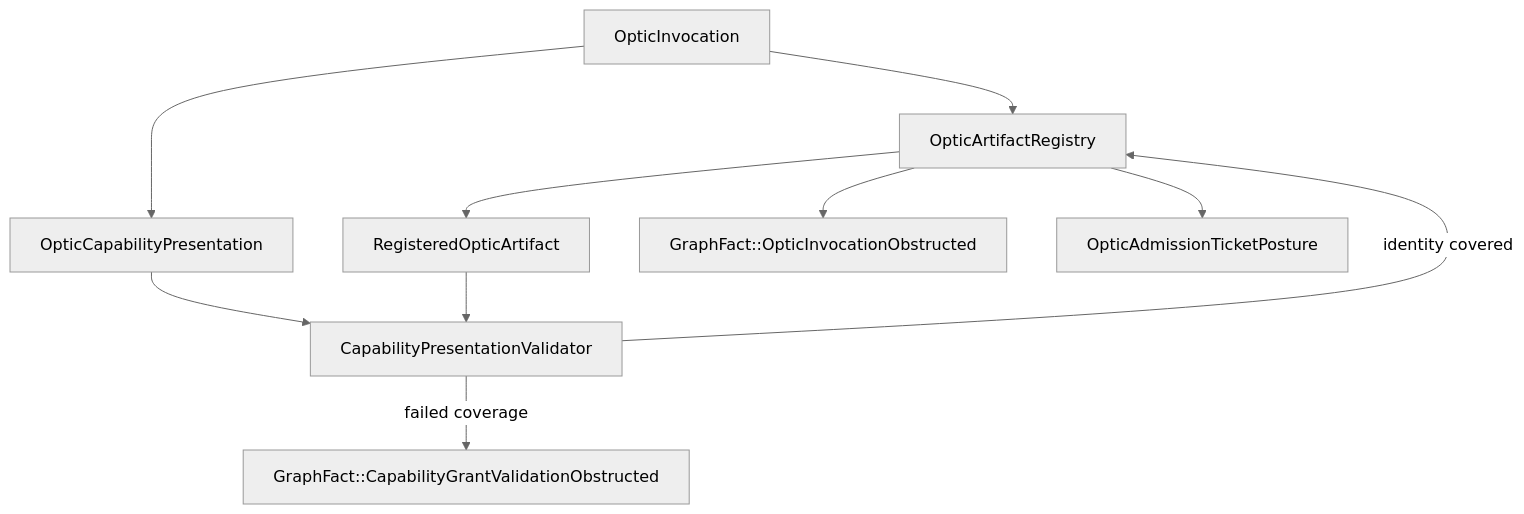
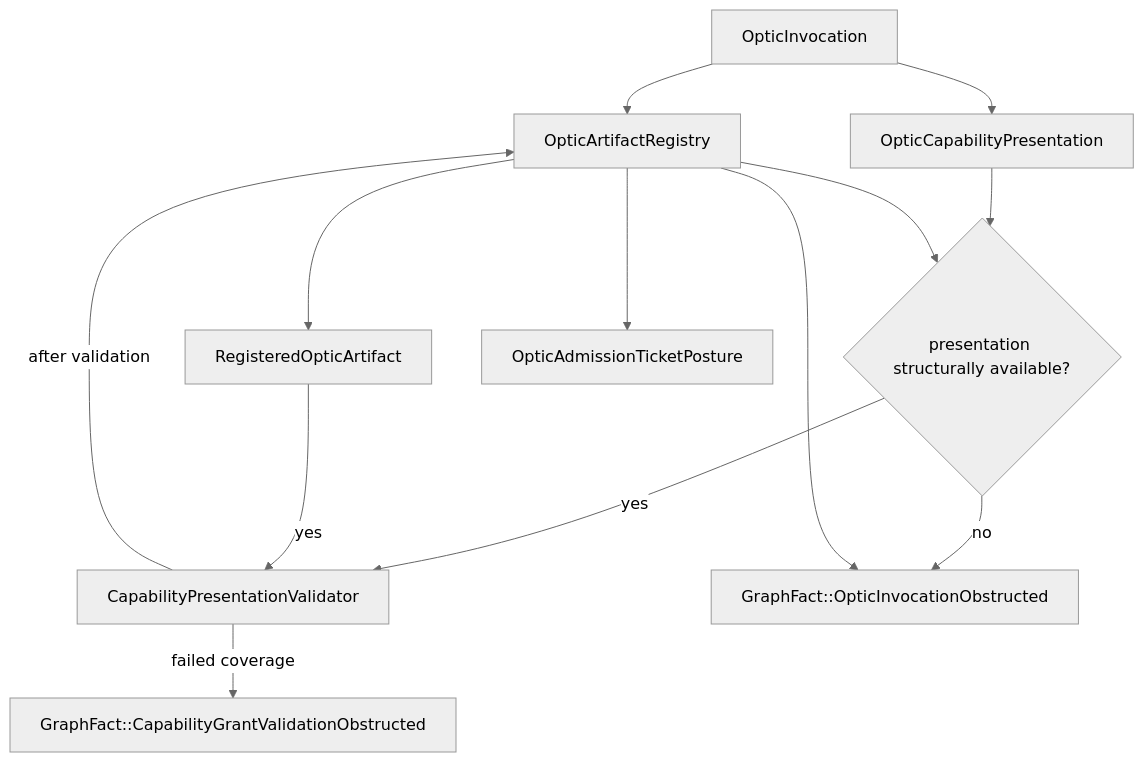
The first of 3 diagrams in docs/design/invocation-grant-validation-obstruction-routing.md (flyingrobots/echo), drawn with Mermaid (neutral theme) before and after one commit. The commit also changed other lines of this file, not shown here.

Commit message:
docs(core): mark validation routing as conditional

````diff
--- a/docs/design/invocation-grant-validation-obstruction-routing.md
+++ b/docs/design/invocation-grant-validation-obstruction-routing.md
@@ -33,21 +33,25 @@
 ```mermaid
 flowchart TD
   Invocation[OpticInvocation]
   Registry[OpticArtifactRegistry]
   Artifact[RegisteredOpticArtifact]
   Presentation[OpticCapabilityPresentation]
   Validator[CapabilityPresentationValidator]
+  Shape{presentation structurally available?}
   ValidationFact[GraphFact::CapabilityGrantValidationObstructed]
   InvocationFact[GraphFact::OpticInvocationObstructed]
   Posture[OpticAdmissionTicketPosture]
 
   Invocation --> Registry
   Registry --> Artifact
   Invocation --> Presentation
-  Presentation --> Validator
-  Artifact --> Validator
+  Presentation --> Shape
+  Registry --> Shape
+  Shape -->|yes| Validator
+  Shape -->|no| InvocationFact
+  Artifact -->|yes| Validator
   Validator -->|failed coverage| ValidationFact
-  Validator -->|identity covered| Registry
+  Validator -->|after validation| Registry
   Registry --> InvocationFact
   Registry --> Posture
 ```
````
